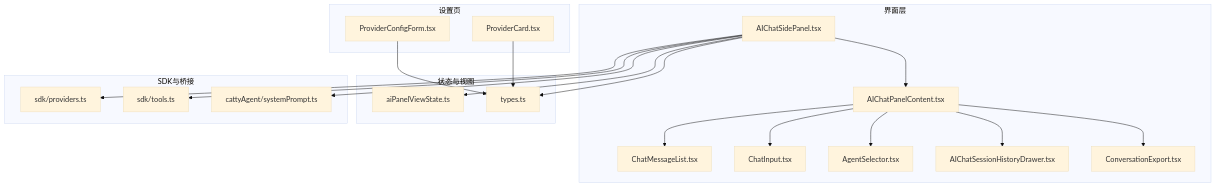
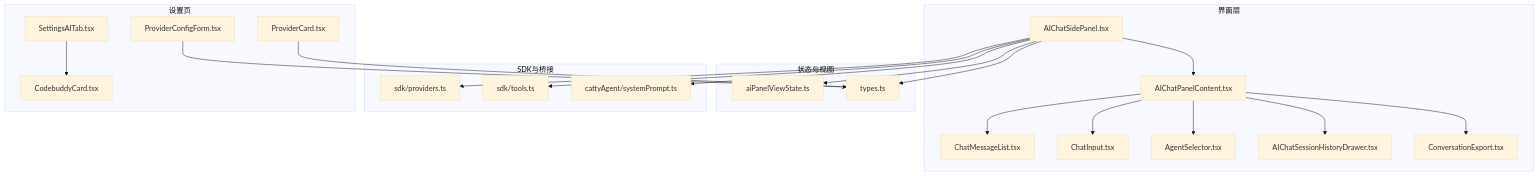
The first of 10 diagrams in .qoder/repowiki/zh/content/用户指南/AI代理集成/AI代理集成.md (szeiyou/Netcatty), drawn with Mermaid (base theme) before and after one commit. The commit also changed other lines of this file and 8 other files, not shown here.

````diff
--- a/.qoder/repowiki/zh/content/用户指南/AI代理集成/AI代理集成.md
+++ b/.qoder/repowiki/zh/content/用户指南/AI代理集成/AI代理集成.md
@@ -47,38 +53,41 @@
 ```mermaid
 graph TB
 subgraph "界面层"
 Panel["AIChatSidePanel.tsx"]
 Content["AIChatPanelContent.tsx"]
 MsgList["ChatMessageList.tsx"]
 Input["ChatInput.tsx"]
 AgentSel["AgentSelector.tsx"]
 Hist["AIChatSessionHistoryDrawer.tsx"]
 Export["ConversationExport.tsx"]
 end
 subgraph "状态与视图"
 ViewState["aiPanelViewState.ts"]
 Types["types.ts"]
 end
 subgraph "SDK与桥接"
 Providers["sdk/providers.ts"]
 Tools["sdk/tools.ts"]
 SysPrompt["cattyAgent/systemPrompt.ts"]
 end
 subgraph "设置页"
 ProvForm["ProviderConfigForm.tsx"]
 ProvCard["ProviderCard.tsx"]
+CodebuddyCard["CodebuddyCard.tsx"]
+SettingsAITab["SettingsAITab.tsx"]
 end
 Panel --> Content
 Content --> MsgList
 Content --> Input
 Content --> AgentSel
 Content --> Hist
 Content --> Export
 Panel --> Providers
 Panel --> Tools
 Panel --> SysPrompt
 Panel --> Types
 Panel --> ViewState
 ProvForm --> Types
 ProvCard --> Types
+SettingsAITab --> CodebuddyCard
 ```
````
